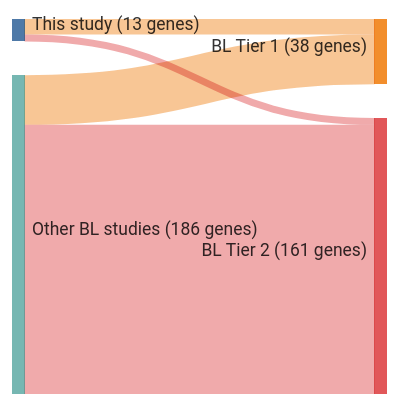
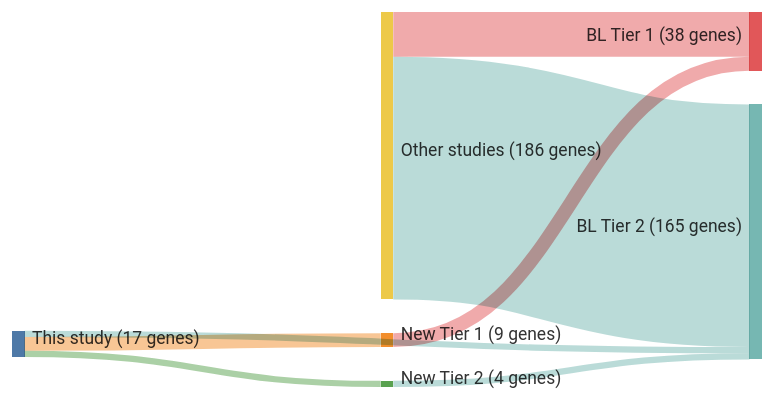
The diagram in papers/grandeGenomewideDiscoverySomatic2019.md (morinlab/lymphopedia), drawn with Mermaid before and after one commit. The commit also changed 82 other files, not shown here.

````diff
--- a/papers/grandeGenomewideDiscoverySomatic2019.md
+++ b/papers/grandeGenomewideDiscoverySomatic2019.md
@@ -12,18 +12,21 @@
 ```mermaid
 ---
 config:
     sankey:
         showValues: true
         linkColor: target
-        width: 300
+        width: 600
         height: 300
         nodeAlignment: right
         prefix: '('
         suffix: ' genes)'
 ---
 sankey-beta
-This study, BL Tier 1, 9
+This study, New Tier 1, 9
+New Tier 1, BL Tier 1, 9
 This study, BL Tier 2, 4
-Other BL studies, BL Tier 1, 29
-Other BL studies, BL Tier 2, 157
+This study, New Tier 2, 4
+New Tier 2, BL Tier 2, 4
+Other studies, BL Tier 1, 29
+Other studies, BL Tier 2, 157
 ```
````
